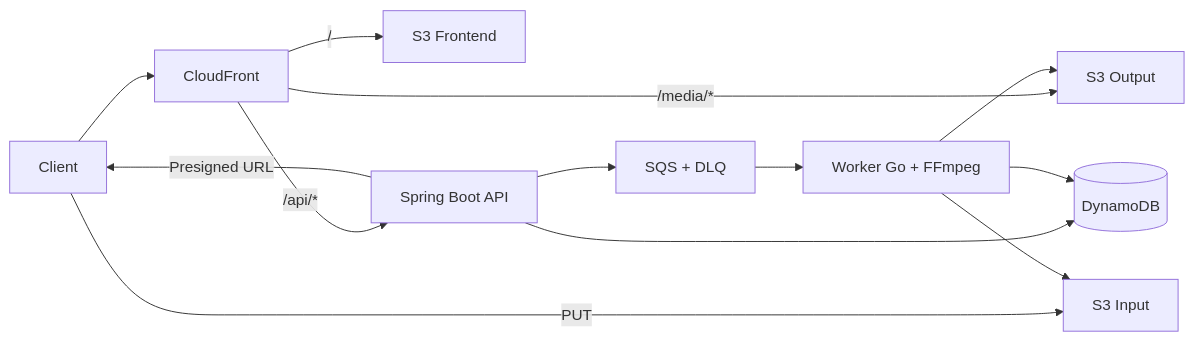
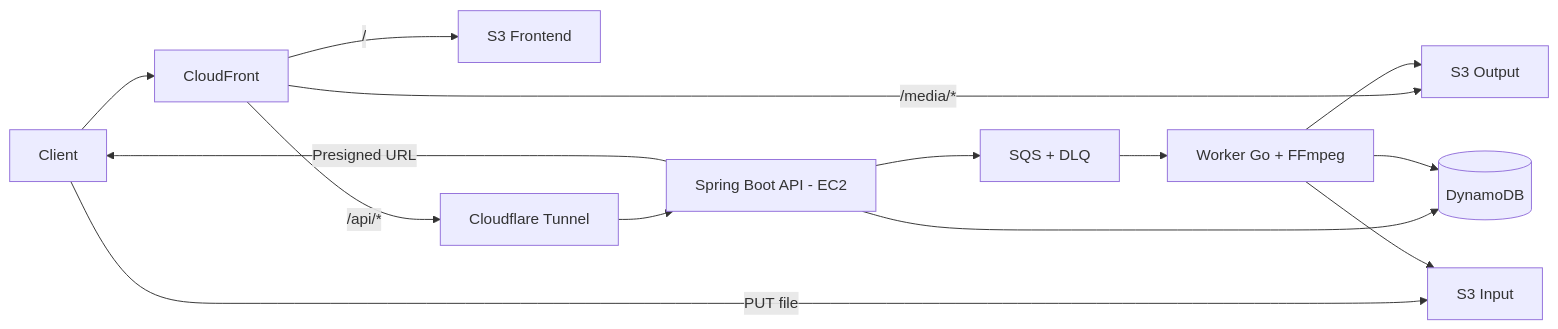
Before and after one commit to vllddlvh/TransvidCloud: the diagram in README.md, drawn with Mermaid. The commit also changed other lines of this file, not shown here.

````diff
--- a/README.md
+++ b/README.md
@@ -22,16 +105,18 @@
 ```mermaid
 flowchart LR
     U[Client] --> CF[CloudFront]
     CF -->|"/"| FE[S3 Frontend]
-    CF -->|"/api/*"| API[Spring Boot API]
+    CF -->|"/api/*"| TUN[Cloudflare Tunnel]
     CF -->|"/media/*"| OUT[S3 Output]
 
+    TUN --> API[Spring Boot API - EC2]
     API -->|Presigned URL| U
-    U -->|PUT| IN[S3 Input]
+    U -->|PUT file| IN[S3 Input]
     API --> DDB[(DynamoDB)]
     API --> Q[SQS + DLQ]
+
     Q --> W[Worker Go + FFmpeg]
     W --> IN
     W --> OUT
     W --> DDB
 ```
````
